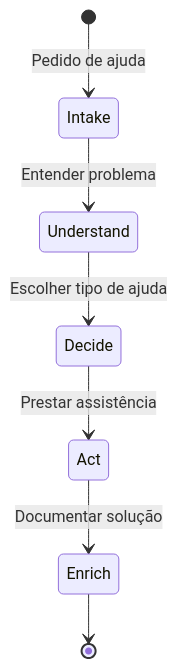
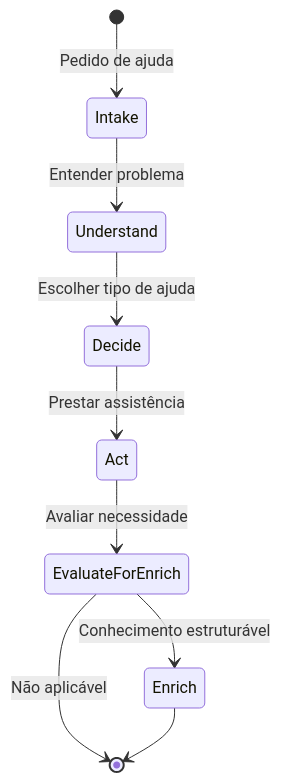
One commit to netomantonio/matrix-protocol changed the sixth of 14 diagrams in ZWF_ZION_WORKFLOW_FRAMEWORK.md. Above: the diagram before and after it, drawn with Mermaid. The commit also changed other lines of this file, not shown here.

````diff
--- a/ZWF_ZION_WORKFLOW_FRAMEWORK.md
+++ b/ZWF_ZION_WORKFLOW_FRAMEWORK.md
@@ -773,9 +1043,11 @@
 ```mermaid
 stateDiagram-v2
     [*] --> Intake: Pedido de ajuda
     Intake --> Understand: Entender problema
     Understand --> Decide: Escolher tipo de ajuda
     Decide --> Act: Prestar assistência
-    Act --> Enrich: Documentar solução
+    Act --> EvaluateForEnrich: Avaliar necessidade
+    EvaluateForEnrich --> Enrich: Conhecimento estruturável
+    EvaluateForEnrich --> [*]: Não aplicável
     Enrich --> [*]
 ```
````
